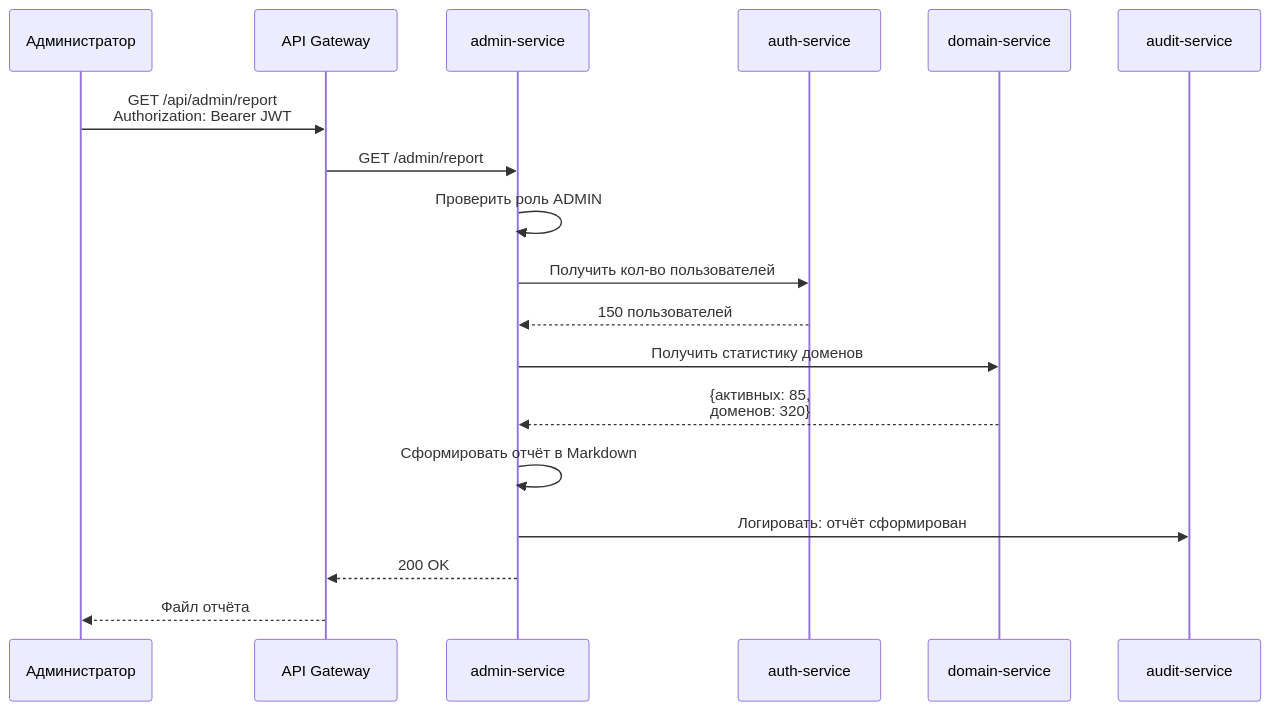
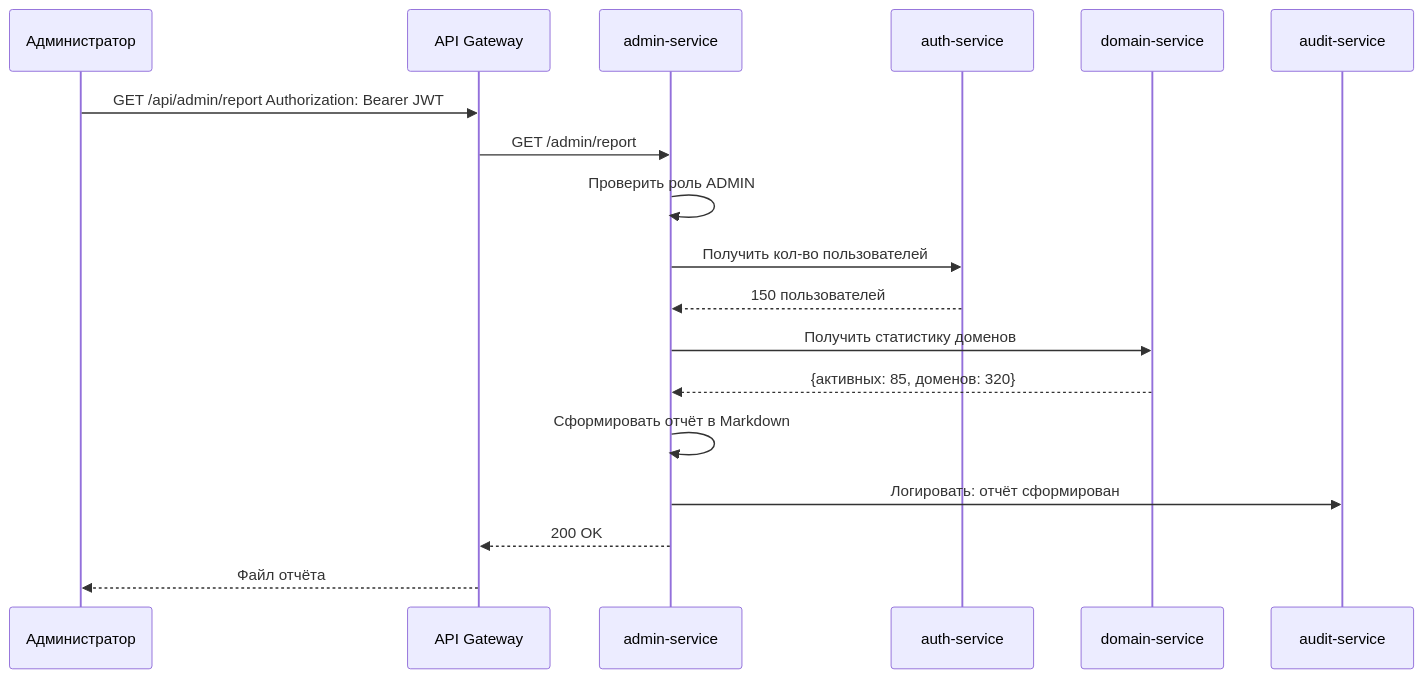
The sixth of 25 diagrams in README.md (PawKorchagin/hrofos-domain-register), drawn with Mermaid before and after one commit. The commit also changed other lines of this file, not shown here.

````diff
--- a/README.md
+++ b/README.md
@@ -285,27 +285,27 @@
 ```mermaid
 sequenceDiagram
     participant Admin as Администратор
     participant GW as API Gateway
     participant Svc as admin-service
     participant Auth as auth-service
     participant Domain as domain-service
     participant Audit as audit-service
 
-    Admin->>GW: GET /api/admin/report<br/>Authorization: Bearer JWT
+    Admin->>GW: GET /api/admin/report Authorization: Bearer JWT
     GW->>Svc: GET /admin/report
 
     Svc->>Svc: Проверить роль ADMIN
 
     Svc->>Auth: Получить кол-во пользователей
     Auth-->>Svc: 150 пользователей
 
     Svc->>Domain: Получить статистику доменов
-    Domain-->>Svc: {активных: 85,<br/>доменов: 320}
+    Domain-->>Svc: {активных: 85, доменов: 320}
 
     Svc->>Svc: Сформировать отчёт в Markdown
 
     Svc->>Audit: Логировать: отчёт сформирован
 
     Svc-->>GW: 200 OK
     GW-->>Admin: Файл отчёта
 ```
````
